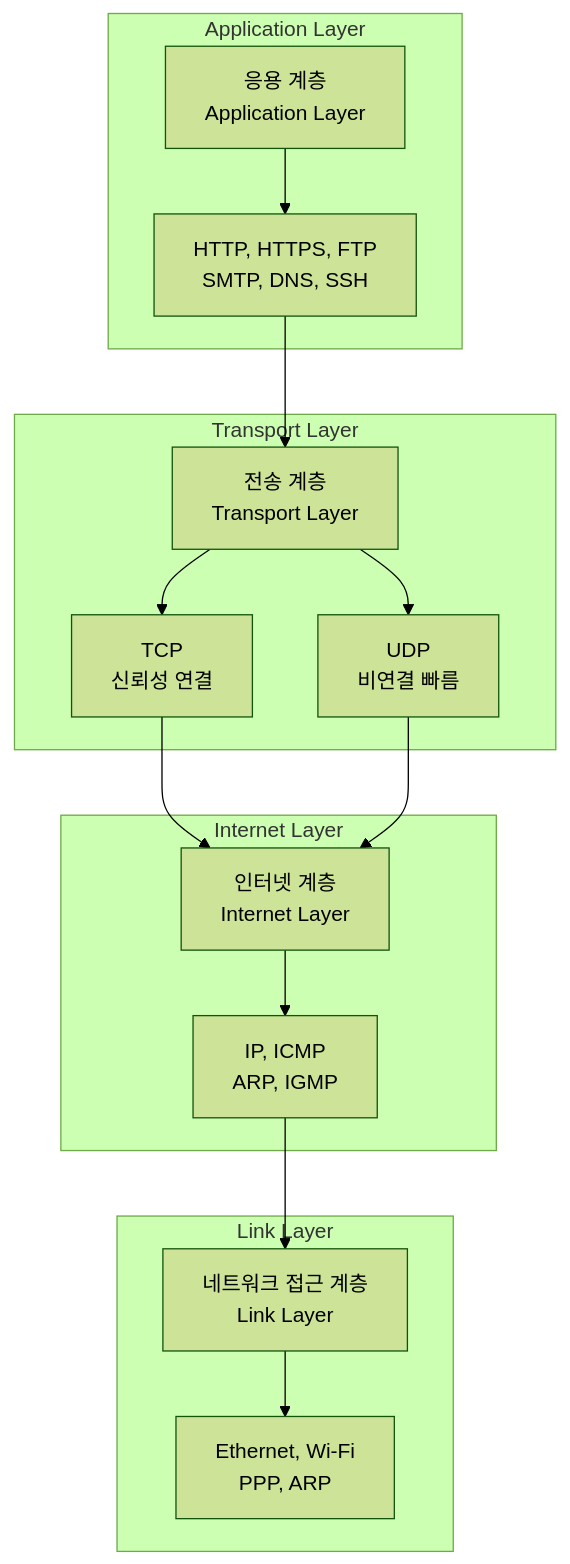
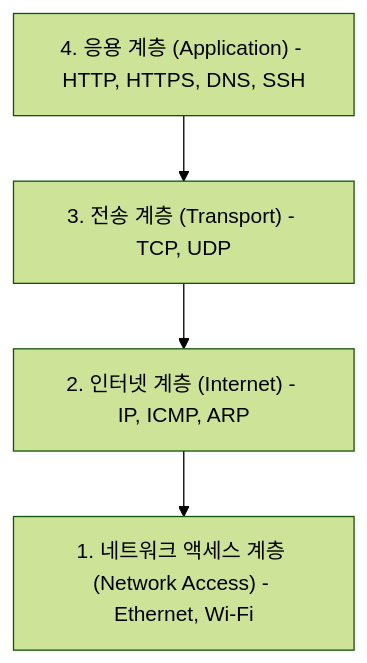
The diagram in 01_inbox/computer-science/networking/tcp-ip-model.md (youngmin-gwon/what-i-studied), drawn with Mermaid (forest theme) before and after one commit. The commit also changed other lines of this file and 225 other files, not shown here.

````diff
--- a/01_inbox/computer-science/networking/tcp-ip-model.md
+++ b/01_inbox/computer-science/networking/tcp-ip-model.md
@@ -15,33 +30,6 @@
 ```mermaid
-graph TB
-    subgraph Application Layer
-        A[응용 계층<br/>Application Layer]
-        A1[HTTP, HTTPS, FTP<br/>SMTP, DNS, SSH]
-    end
-    
-    subgraph Transport Layer  
-        T[전송 계층<br/>Transport Layer]
-        T1[TCP<br/>신뢰성 연결]
-        T2[UDP<br/>비연결 빠름]
-    end
-    
-    subgraph Internet Layer
-        I[인터넷 계층<br/>Internet Layer]
-        I1[IP, ICMP<br/>ARP, IGMP]
-    end
-    
-    subgraph Link Layer
-        L[네트워크 접근 계층<br/>Link Layer]
-        L1[Ethernet, Wi-Fi<br/>PPP, ARP]
-    end
-    
-    A --> A1
-    A1 --> T
-    T --> T1
-    T --> T2
-    T1 --> I
-    T2 --> I
-    I --> I1
-    I1 --> L
-    L --> L1
+graph TD
+    App["4. 응용 계층 (Application) - HTTP, HTTPS, DNS, SSH"] --> Trans["3. 전송 계층 (Transport) - TCP, UDP"]
+    Trans --> Inet["2. 인터넷 계층 (Internet) - IP, ICMP, ARP"]
+    Inet --> NetAccess["1. 네트워크 액세스 계층 (Network Access) - Ethernet, Wi-Fi"]
 ```
````
